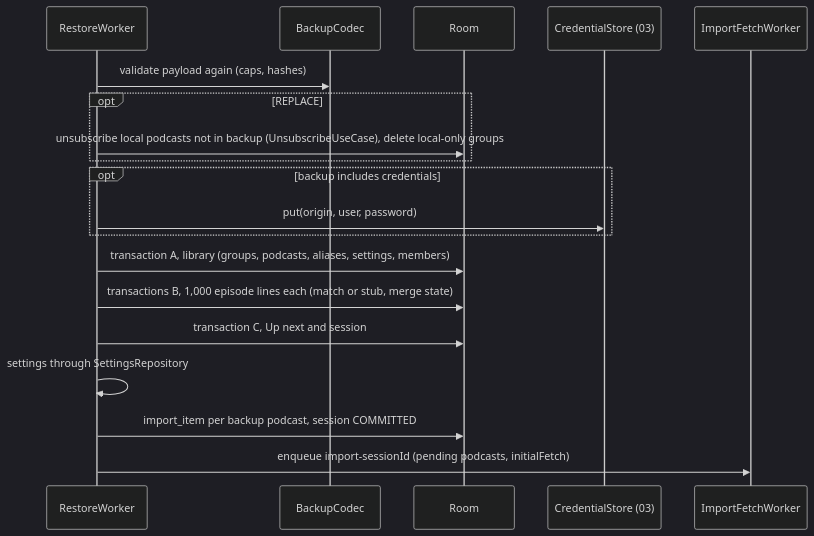
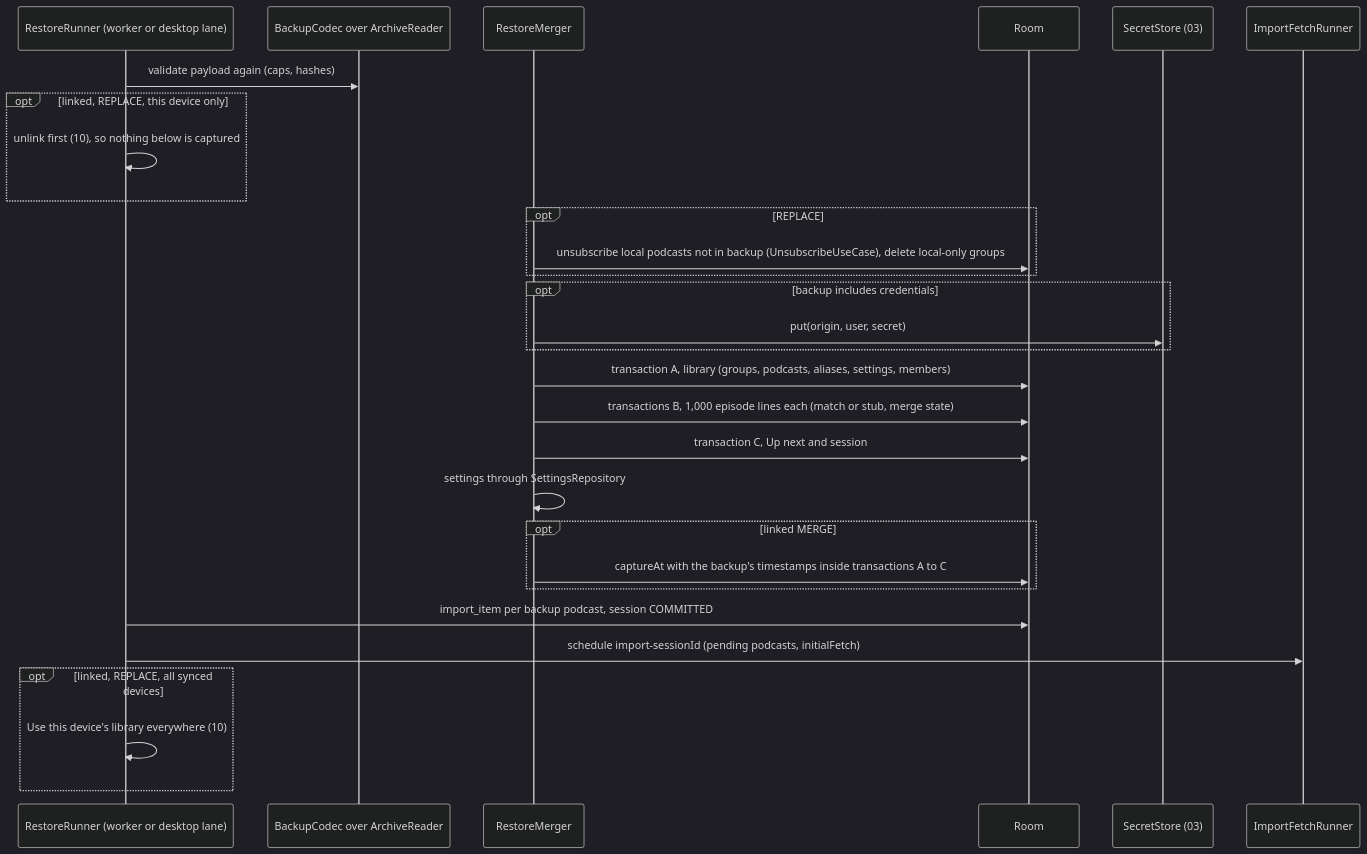
The sixth of 8 diagrams in docs/design/05-groups-opml-backup.md (BigBoyDevBox/Neutrodyne), drawn with Mermaid (dark theme) before and after one commit. The commit also changed other lines of this file and 2 other files, not shown here.

````diff
--- a/docs/design/05-groups-opml-backup.md
+++ b/docs/design/05-groups-opml-backup.md
@@ -1229,21 +1351,31 @@
 ```mermaid
 sequenceDiagram
-  participant W as RestoreWorker
-  participant C as BackupCodec
+  participant W as RestoreRunner (worker or desktop lane)
+  participant C as BackupCodec over ArchiveReader
+  participant M as RestoreMerger
   participant DB as Room
-  participant CS as CredentialStore (03)
-  participant IW as ImportFetchWorker
+  participant CS as SecretStore (03)
+  participant IW as ImportFetchRunner
   W->>C: validate payload again (caps, hashes)
+  opt linked, REPLACE, this device only
+    W->>W: unlink first (10), so nothing below is captured
+  end
   opt REPLACE
-    W->>DB: unsubscribe local podcasts not in backup (UnsubscribeUseCase), delete local-only groups
+    M->>DB: unsubscribe local podcasts not in backup (UnsubscribeUseCase), delete local-only groups
   end
   opt backup includes credentials
-    W->>CS: put(origin, user, password)
+    M->>CS: put(origin, user, secret)
   end
-  W->>DB: transaction A, library (groups, podcasts, aliases, settings, members)
-  W->>DB: transactions B, 1,000 episode lines each (match or stub, merge state)
-  W->>DB: transaction C, Up next and session
-  W->>W: settings through SettingsRepository
+  M->>DB: transaction A, library (groups, podcasts, aliases, settings, members)
+  M->>DB: transactions B, 1,000 episode lines each (match or stub, merge state)
+  M->>DB: transaction C, Up next and session
+  M->>M: settings through SettingsRepository
+  opt linked MERGE
+    M->>DB: captureAt with the backup's timestamps inside transactions A to C
+  end
   W->>DB: import_item per backup podcast, session COMMITTED
-  W->>IW: enqueue import-sessionId (pending podcasts, initialFetch)
+  W->>IW: schedule import-sessionId (pending podcasts, initialFetch)
+  opt linked, REPLACE, all synced devices
+    W->>W: Use this device's library everywhere (10)
+  end
 ```
````
